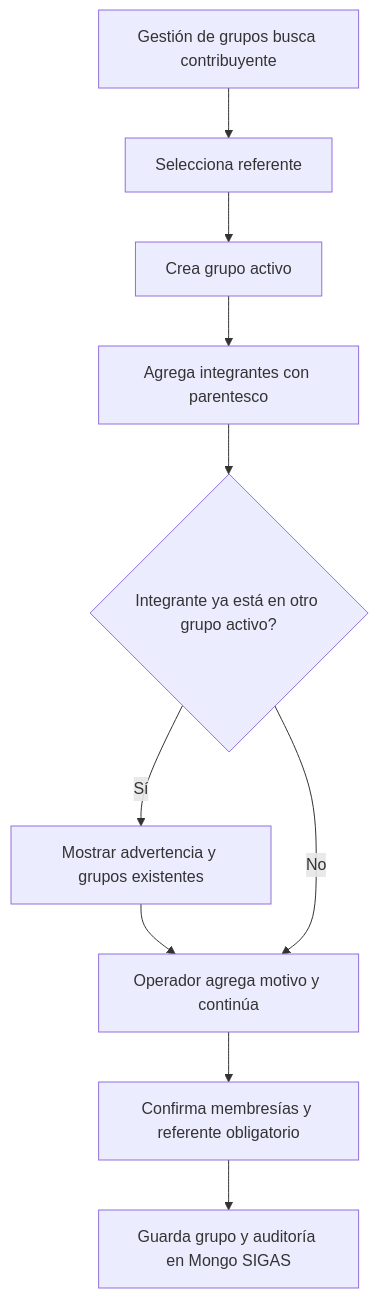
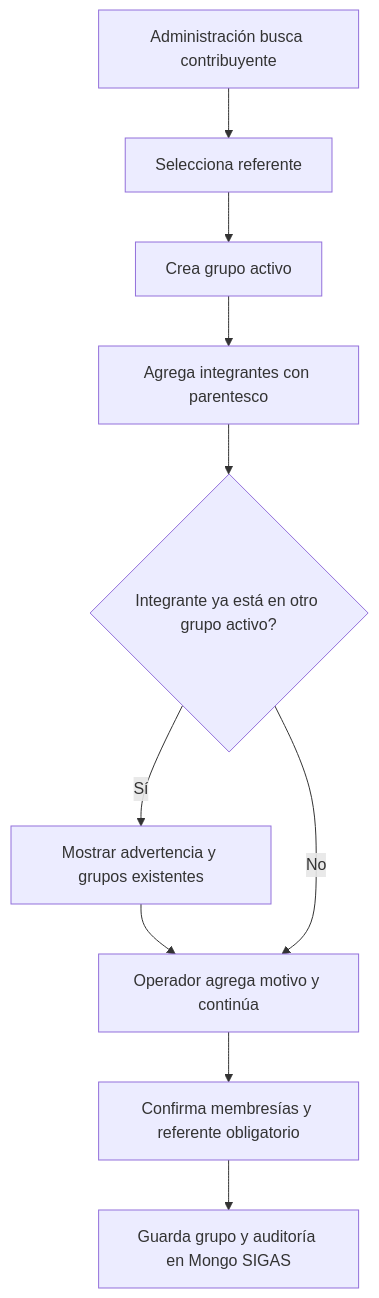
Before and after one commit to MuniSanBenito/SIGAS: the third of 9 diagrams in docs/05-FLUJOS-DE-PROCESOS.md, drawn with Mermaid. The commit also changed other lines of this file and 21 other files, not shown here.

Commit message:
feat: rename roles from "Depósito/Gestión de grupos" to "Control de stock/Administración" and restrict delivery confirmation to admin

````diff
--- a/docs/05-FLUJOS-DE-PROCESOS.md
+++ b/docs/05-FLUJOS-DE-PROCESOS.md
@@ -41,12 +41,12 @@
 ```mermaid
 flowchart TD
-    A[Gestión de grupos busca contribuyente] --> B[Selecciona referente]
+    A[Administración busca contribuyente] --> B[Selecciona referente]
     B --> C[Crea grupo activo]
     C --> D[Agrega integrantes con parentesco]
     D --> E{Integrante ya está en otro grupo activo?}
     E -- Sí --> F[Mostrar advertencia y grupos existentes]
     F --> G[Operador agrega motivo y continúa]
     E -- No --> G
     G --> H[Confirma membresías y referente obligatorio]
     H --> I[Guarda grupo y auditoría en Mongo SIGAS]
 ```
````
